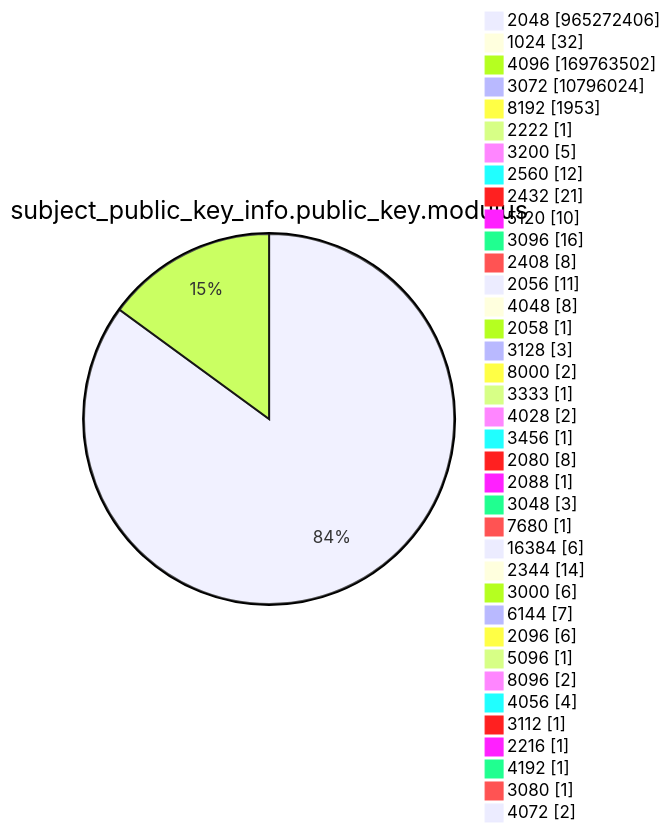
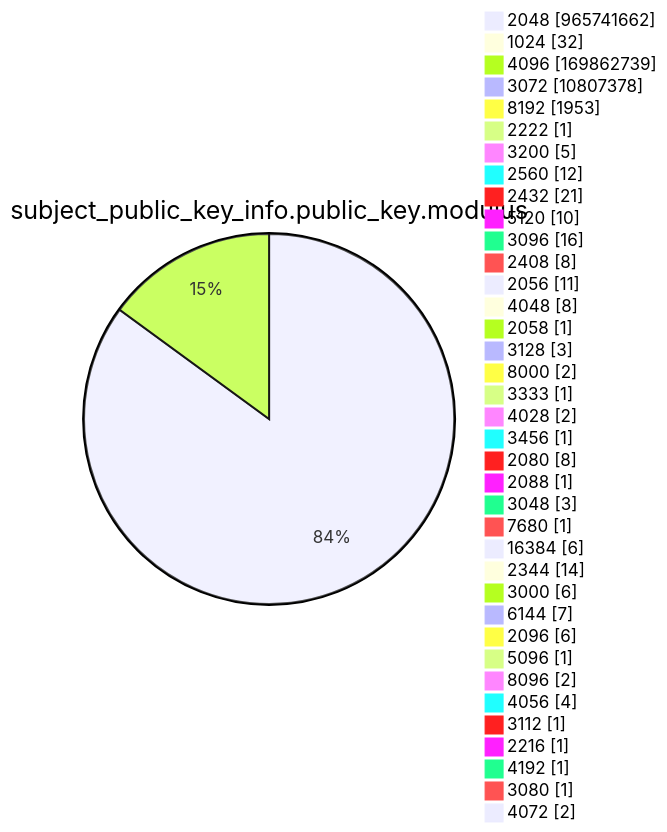
One commit to christiankrug/ctmonitor_visualization changed diagram 13 of 15 in argon2022/README.md. Above: the diagram before and after it, drawn with Mermaid. The commit also changed other lines of this file, not shown here.

````diff
--- a/argon2022/README.md
+++ b/argon2022/README.md
@@ -3587,41 +3587,41 @@
 ```mermaid
 pie showData
 title subject_public_key_info.public_key.modulus
-"2048" :965272406
+"2048" :965741662
 "1024" :32
-"4096" :169763502
-"3072" :10796024
+"4096" :169862739
+"3072" :10807378
 "8192" :1953
 "2222" :1
 "3200" :5
 "2560" :12
 "2432" :21
 "5120" :10
 "3096" :16
 "2408" :8
 "2056" :11
 "4048" :8
 "2058" :1
 "3128" :3
 "8000" :2
 "3333" :1
 "4028" :2
 "3456" :1
 "2080" :8
 "2088" :1
 "3048" :3
 "7680" :1
 "16384" :6
 "2344" :14
 "3000" :6
 "6144" :7
 "2096" :6
 "5096" :1
 "8096" :2
 "4056" :4
 "3112" :1
 "2216" :1
 "4192" :1
 "3080" :1
 "4072" :2
 ```
````
